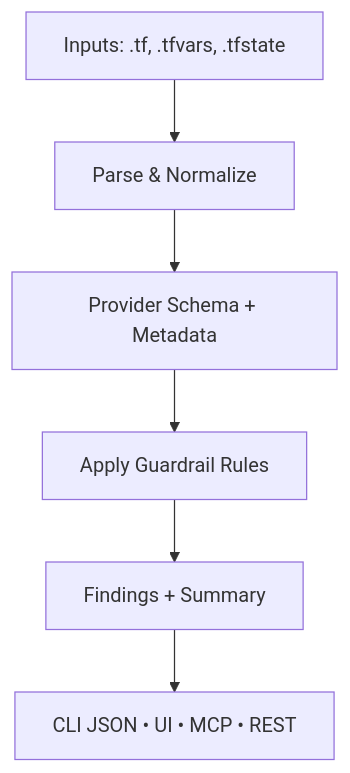
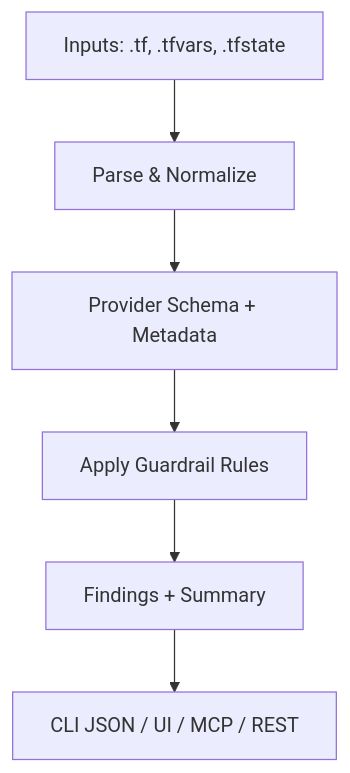
Before and after one commit to Huzefaaa2/terraform-guardrail: the second of 4 diagrams in docs/wiki/Architecture.md, drawn with Mermaid. The commit also changed 4 other files, not shown here.

Commit message:
Update roadmap and release info

````diff
--- a/docs/wiki/Architecture.md
+++ b/docs/wiki/Architecture.md
@@ -48,8 +48,8 @@
 ```mermaid
 flowchart TB
     INPUTS[Inputs: .tf, .tfvars, .tfstate] --> PARSE[Parse & Normalize]
     PARSE --> SCHEMA[Provider Schema + Metadata]
     SCHEMA --> RULES[Apply Guardrail Rules]
     RULES --> REPORT[Findings + Summary]
-    REPORT --> OUTPUTS[CLI JSON • UI • MCP • REST]
+    REPORT --> OUTPUTS[CLI JSON / UI / MCP / REST]
 ```
````
